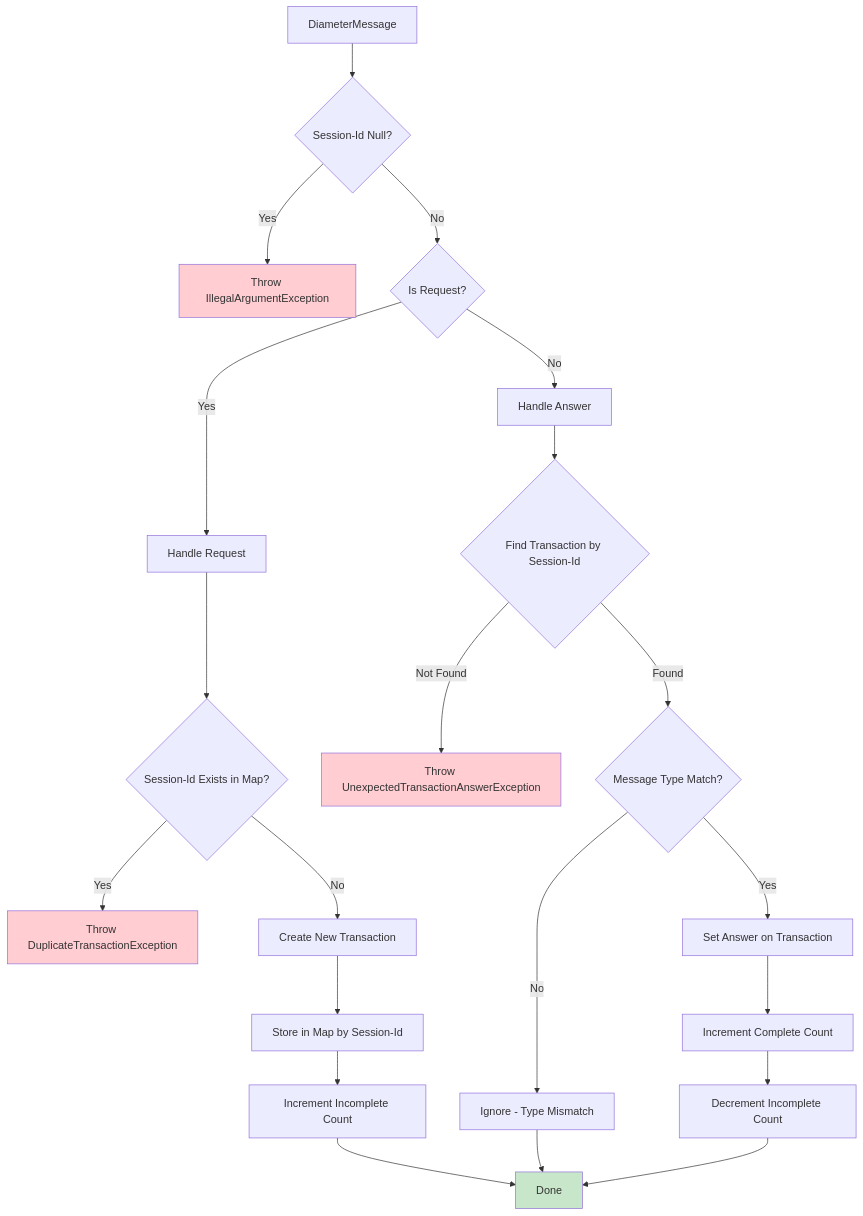
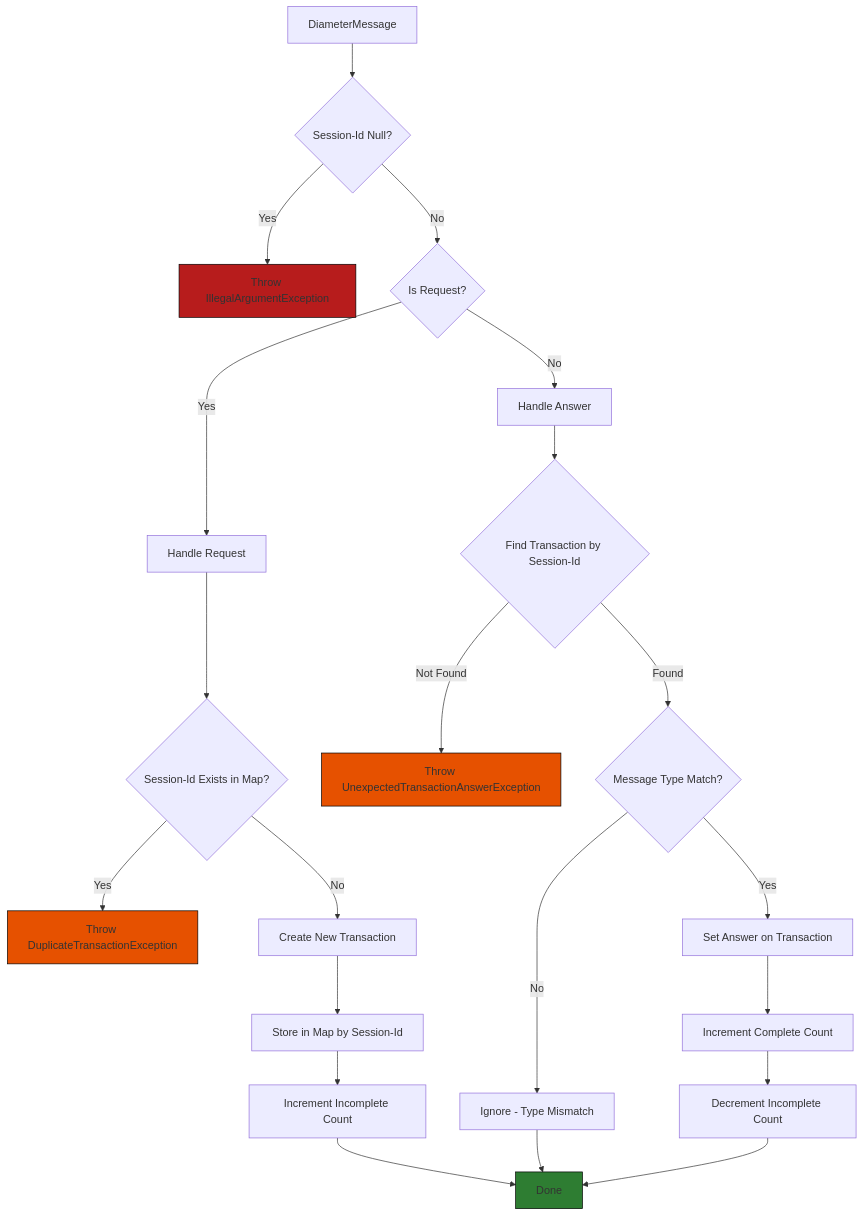
The fifth of 7 diagrams in docs/SYSTEM_DOCUMENTATION.md (AlonBletter/diameter-s6a), drawn with Mermaid before and after one commit. The commit also changed other lines of this file and 1 other file, not shown here.

````diff
--- a/docs/SYSTEM_DOCUMENTATION.md
+++ b/docs/SYSTEM_DOCUMENTATION.md
@@ -460,31 +413,32 @@
 ```mermaid
 flowchart TD
     A[DiameterMessage] --> B{Session-Id Null?}
     B -->|Yes| C[Throw IllegalArgumentException]
     B -->|No| D{Is Request?}
     
     D -->|Yes| E[Handle Request]
     E --> F{Session-Id Exists in Map?}
     F -->|Yes| G[Throw DuplicateTransactionException]
     F -->|No| H[Create New Transaction]
     H --> I[Store in Map by Session-Id]
     I --> J[Increment Incomplete Count]
     
     D -->|No| K[Handle Answer]
     K --> L{Find Transaction by Session-Id}
     L -->|Not Found| M[Throw UnexpectedTransactionAnswerException]
     L -->|Found| N{Message Type Match?}
     N -->|No| O[Ignore - Type Mismatch]
     N -->|Yes| P[Set Answer on Transaction]
     P --> Q[Increment Complete Count]
     Q --> R[Decrement Incomplete Count]
     
     J --> S[Done]
     O --> S
     R --> S
 
-    style C fill:#ffcdd2
-    style G fill:#ffcdd2
-    style M fill:#ffcdd2
-    style S fill:#c8e6c9
+    style C fill:#b71c1c,stroke:#000,stroke-width:1px   %% Dark red
+    style G fill:#e65100,stroke:#000,stroke-width:1px   %% Deep orange
+    style M fill:#e65100,stroke:#000,stroke-width:1px   %% Deep orange
+    style S fill:#2e7d32,stroke:#000,stroke-width:1px   %% Dark green
+
 ```
````
